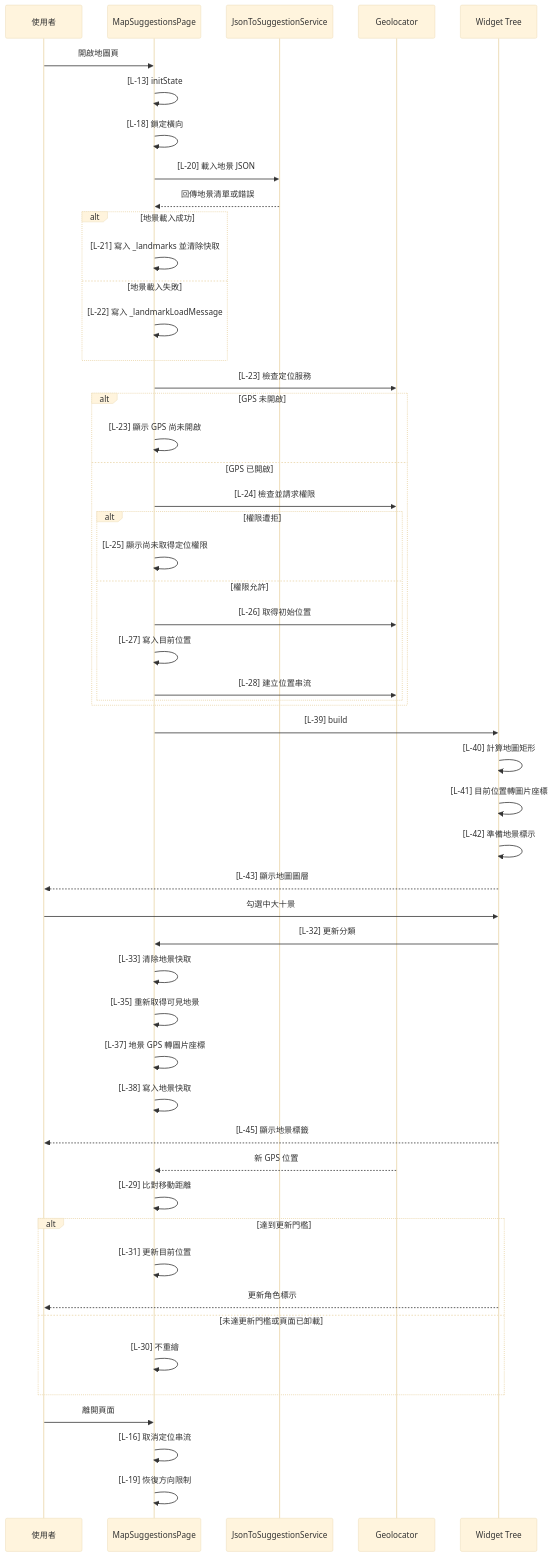
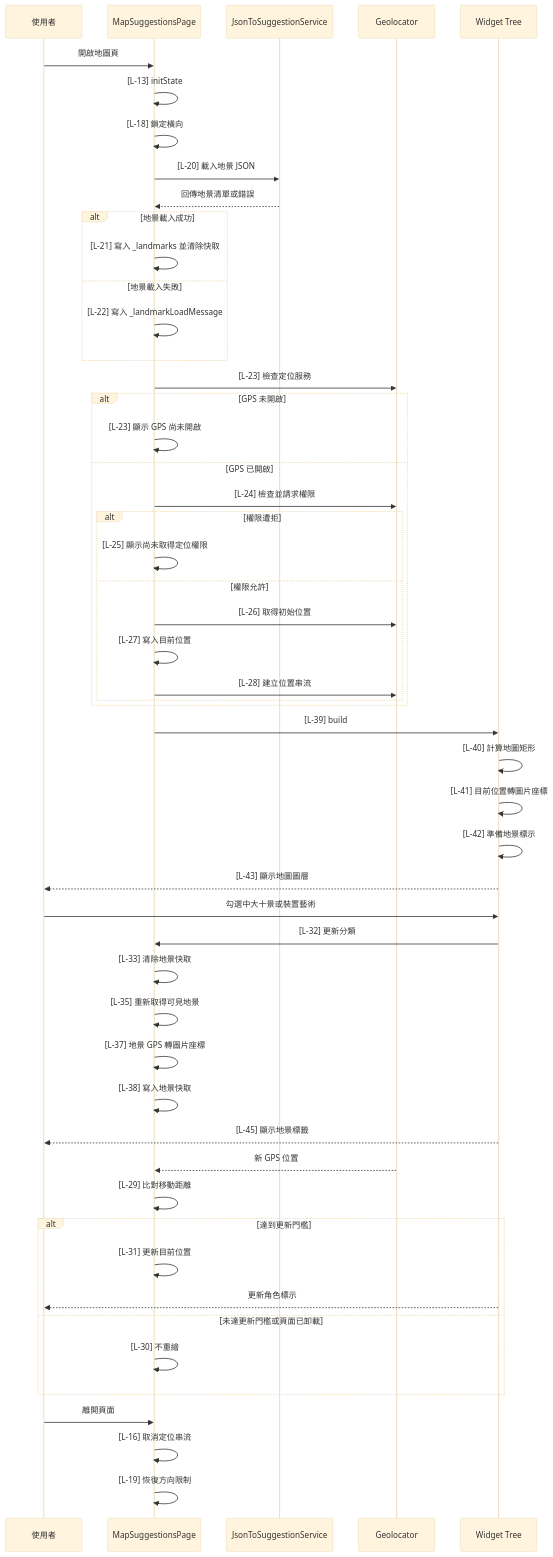
One commit to Henry-120/Campus-tour changed the diagram in campus_tour/test/testMd/map_suggestions.md. Above: the diagram before and after it, drawn with Mermaid (base theme). The commit also changed other lines of this file and 5 other files, not shown here.

````diff
--- a/campus_tour/test/testMd/map_suggestions.md
+++ b/campus_tour/test/testMd/map_suggestions.md
@@ -135,54 +136,54 @@
 ```mermaid
 sequenceDiagram
   participant User as 使用者
   participant Page as MapSuggestionsPage
   participant Service as JsonToSuggestionService
   participant GPS as Geolocator
   participant UI as Widget Tree
   User->>Page: 開啟地圖頁
   Page->>Page: [L-13] initState
   Page->>Page: [L-18] 鎖定橫向
   Page->>Service: [L-20] 載入地景 JSON
   Service-->>Page: 回傳地景清單或錯誤
   alt 地景載入成功
     Page->>Page: [L-21] 寫入 _landmarks 並清除快取
   else 地景載入失敗
     Page->>Page: [L-22] 寫入 _landmarkLoadMessage
   end
   Page->>GPS: [L-23] 檢查定位服務
   alt GPS 未開啟
     Page->>Page: [L-23] 顯示 GPS 尚未開啟
   else GPS 已開啟
     Page->>GPS: [L-24] 檢查並請求權限
     alt 權限遭拒
       Page->>Page: [L-25] 顯示尚未取得定位權限
     else 權限允許
       Page->>GPS: [L-26] 取得初始位置
       Page->>Page: [L-27] 寫入目前位置
       Page->>GPS: [L-28] 建立位置串流
     end
   end
   Page->>UI: [L-39] build
   UI->>UI: [L-40] 計算地圖矩形
   UI->>UI: [L-41] 目前位置轉圖片座標
   UI->>UI: [L-42] 準備地景標示
   UI-->>User: [L-43] 顯示地圖圖層
-  User->>UI: 勾選中大十景
+  User->>UI: 勾選中大十景或裝置藝術
   UI->>Page: [L-32] 更新分類
   Page->>Page: [L-33] 清除地景快取
   Page->>Page: [L-35] 重新取得可見地景
   Page->>Page: [L-37] 地景 GPS 轉圖片座標
   Page->>Page: [L-38] 寫入地景快取
   UI-->>User: [L-45] 顯示地景標籤
   GPS-->>Page: 新 GPS 位置
   Page->>Page: [L-29] 比對移動距離
   alt 達到更新門檻
     Page->>Page: [L-31] 更新目前位置
     UI-->>User: 更新角色標示
   else 未達更新門檻或頁面已卸載
     Page->>Page: [L-30] 不重繪
   end
   User->>Page: 離開頁面
   Page->>Page: [L-16] 取消定位串流
   Page->>Page: [L-19] 恢復方向限制
 ```
````
